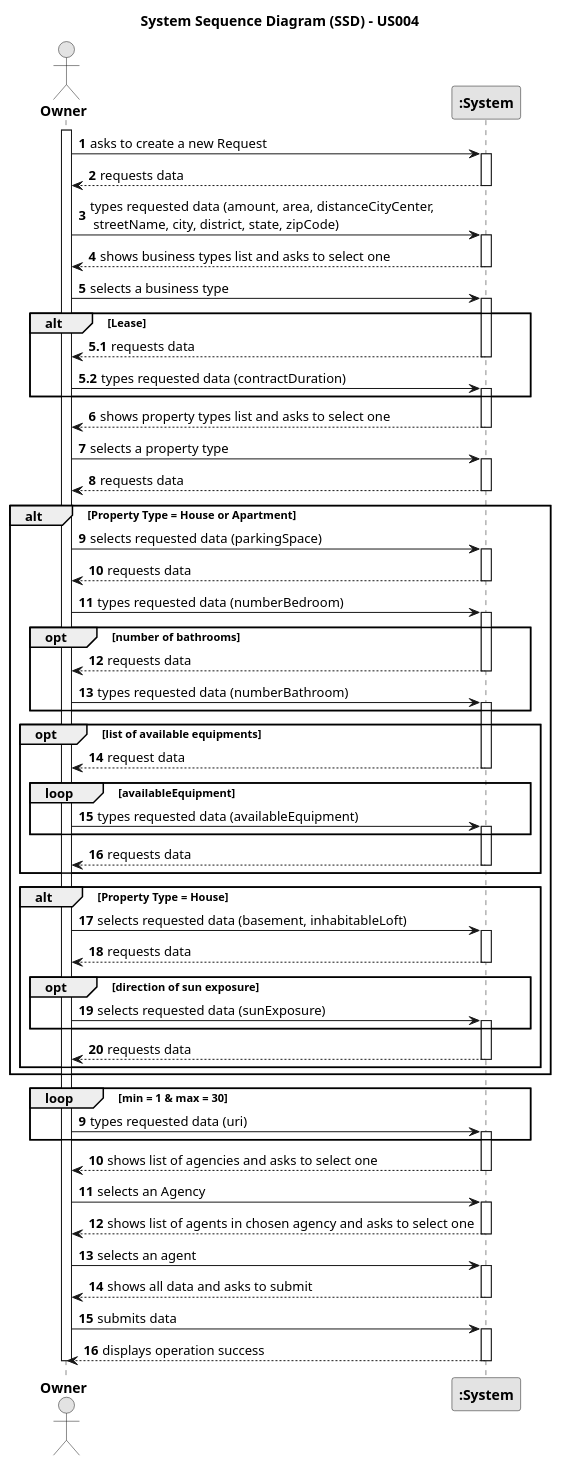
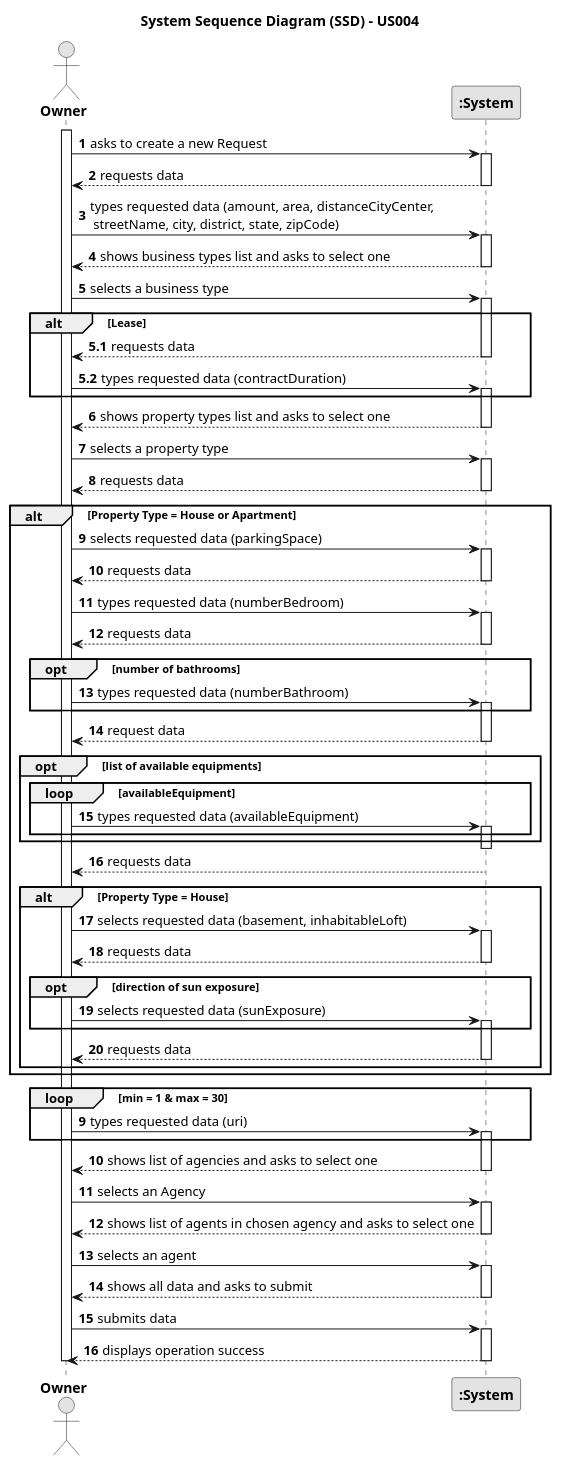
Before and after one commit to rita-barbosa/LAPR2-2223: the diagram in docs/sprintB/us004/01.requirements-engineering/puml/us004-system-sequence-diagram.puml, drawn with PlantUML.

Commit message:
SSD updated [US004] [RE]

```diff
--- a/docs/sprintB/us004/01.requirements-engineering/puml/us004-system-sequence-diagram.puml
+++ b/docs/sprintB/us004/01.requirements-engineering/puml/us004-system-sequence-diagram.puml
@@ -1,163 +1,169 @@
 @startuml
 
 skinparam monochrome true
 skinparam packageStyle rectangle
 skinparam shadowing false
 
 actor "<b>Owner</b>" as Owner
 participant "<b>:System</b>" as System
 
 title System Sequence Diagram (SSD) - US004
 
 autonumber
 
 activate Owner
 
     Owner -> System : asks to create a new Request
 
         activate System
 
         System --> Owner : requests data
 
         deactivate System
 
     Owner -> System : types requested data (amount, area, distanceCityCenter,\n streetName, city, district, state, zipCode)
 
         activate System
 
         System --> Owner : shows business types list and asks to select one
 
         deactivate System
 
     Owner -> System : selects a business type
 
         activate System
 
             alt Lease
 
                 autonumber 5.1
                 System --> Owner : requests data
 
                 deactivate System
 
                 Owner -> System : types requested data (contractDuration)
 
                 activate System
 
             end alt
 
         autonumber 6
 
         activate System
 
         System --> Owner : shows property types list and asks to select one
 
         deactivate System
 
     Owner -> System : selects a property type
 
      activate System
 
      System --> Owner : requests data
 
      deactivate System
 
      alt Property Type = House or Apartment
 
             Owner -> System : selects requested data (parkingSpace)
 
                  activate System
 
             System --> Owner : requests data
                  deactivate System
 
             Owner -> System : types requested data (numberBedroom)
 
                 activate System
 
+                System --> Owner : requests data
+                deactivate System
+
            opt number of bathrooms
 
-                        System --> Owner : requests data
-                        deactivate System
+
 
                 Owner -> System : types requested data (numberBathroom)
                         activate System
 
            end  opt
 
+           System --> Owner : request data
+           deactivate System
+
                        opt list of available equipments
 
-                        System --> Owner : request data
-                        deactivate System
+
 
                             loop availableEquipment
 
                 Owner -> System : types requested data (availableEquipment)
 
                                 activate System
                             end loop
 
-            System --> Owner : requests data
+                end opt
 
             deactivate System
 
-            end opt
+            System --> Owner : requests data
+
+
 
            alt Property Type = House
 
               Owner -> System : selects requested data (basement, inhabitableLoft)
 
               activate System
 
               System --> Owner : requests data
               deactivate System
 
               opt direction of sun exposure
 
                    Owner -> System : selects requested data (sunExposure)
                    activate System
               end opt
 
                System --> Owner : requests data
                deactivate System
 
            end alt
 
      end alt
 
         loop min = 1 & max = 30
 
             autonumber 9
 
      Owner -> System : types requested data (uri)
 
             activate System
         end loop
 
     System --> Owner : shows list of agencies and asks to select one
     deactivate System
 
      Owner -> System : selects an Agency
 
         activate System
 
         System --> Owner : shows list of agents in chosen agency and asks to select one
         deactivate System
 
      Owner -> System : selects an agent
 
         activate System
 
         System --> Owner : shows all data and asks to submit
 
         deactivate System
 
      Owner -> System : submits data
 
         activate System
 
         System --> Owner : displays operation success
         deactivate System
 
 deactivate Owner
 @enduml
```
